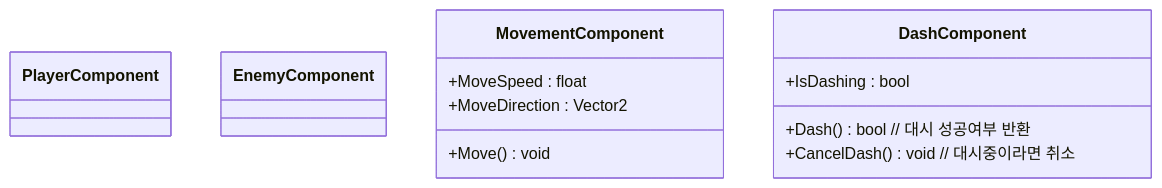
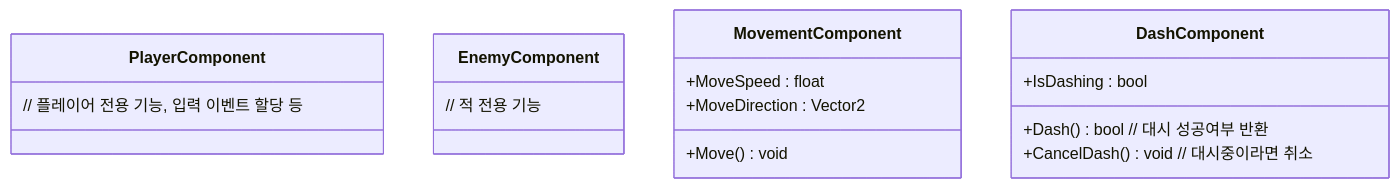
One commit to JIN5EOK/DungeonShooter changed the first of 5 diagrams in Assets/_README/Entity_설계.md. Above: the diagram before and after it, drawn with Mermaid. The commit also changed other lines of this file and 1 other file, not shown here.

````diff
--- a/Assets/_README/Entity_설계.md
+++ b/Assets/_README/Entity_설계.md
@@ -42,19 +40,19 @@
 ```mermaid
 classDiagram
     class PlayerComponent{
-        
+        // 플레이어 전용 기능, 입력 이벤트 할당 등
     }
     class EnemyComponent{
-
+        // 적 전용 기능
     }
     class MovementComponent{
         +MoveSpeed : float
         +MoveDirection : Vector2
         +Move() void
     }
     class DashComponent{
         +IsDashing : bool
         +Dash() bool // 대시 성공여부 반환
         +CancelDash() void // 대시중이라면 취소
     }
 ```
````
